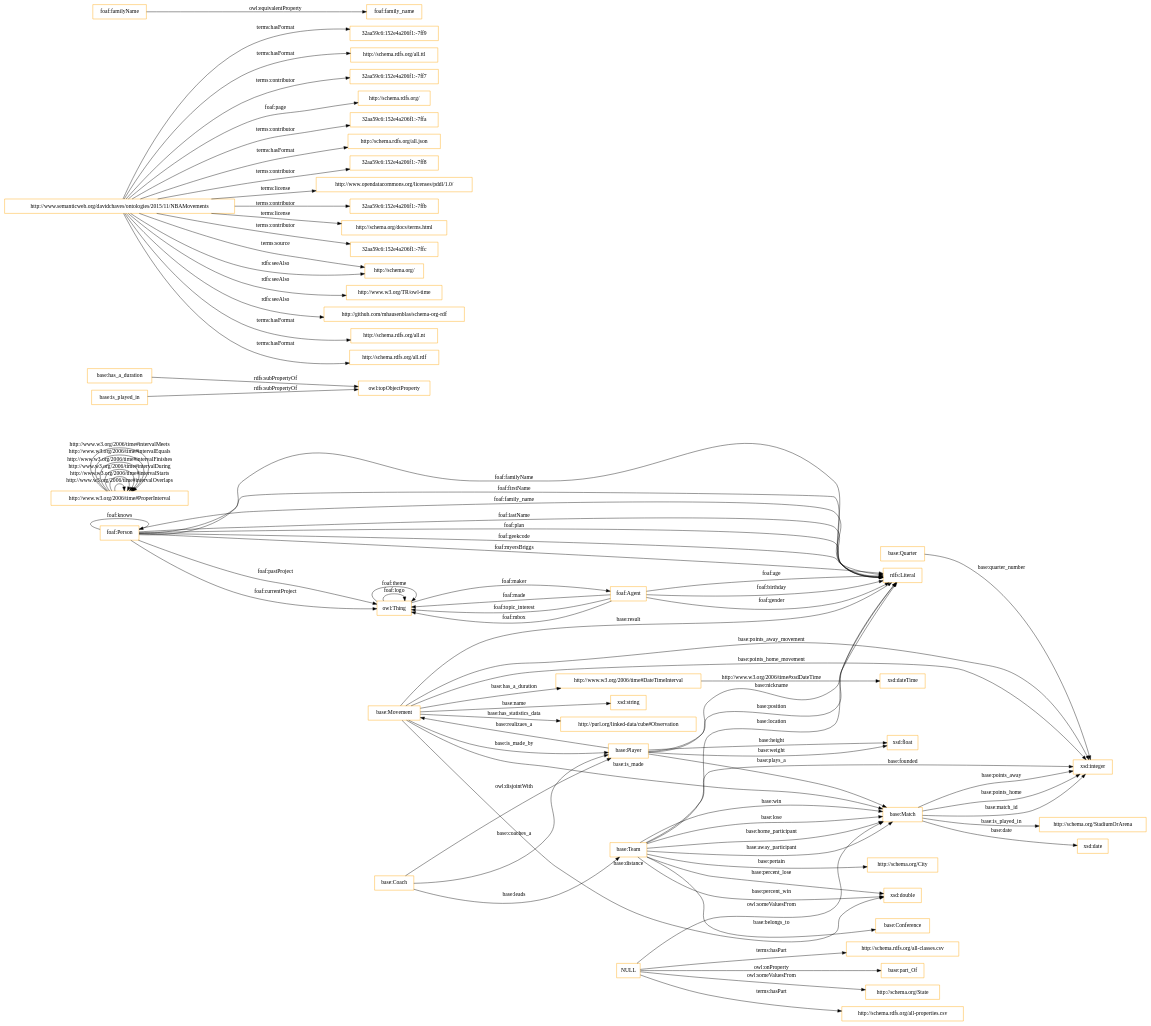
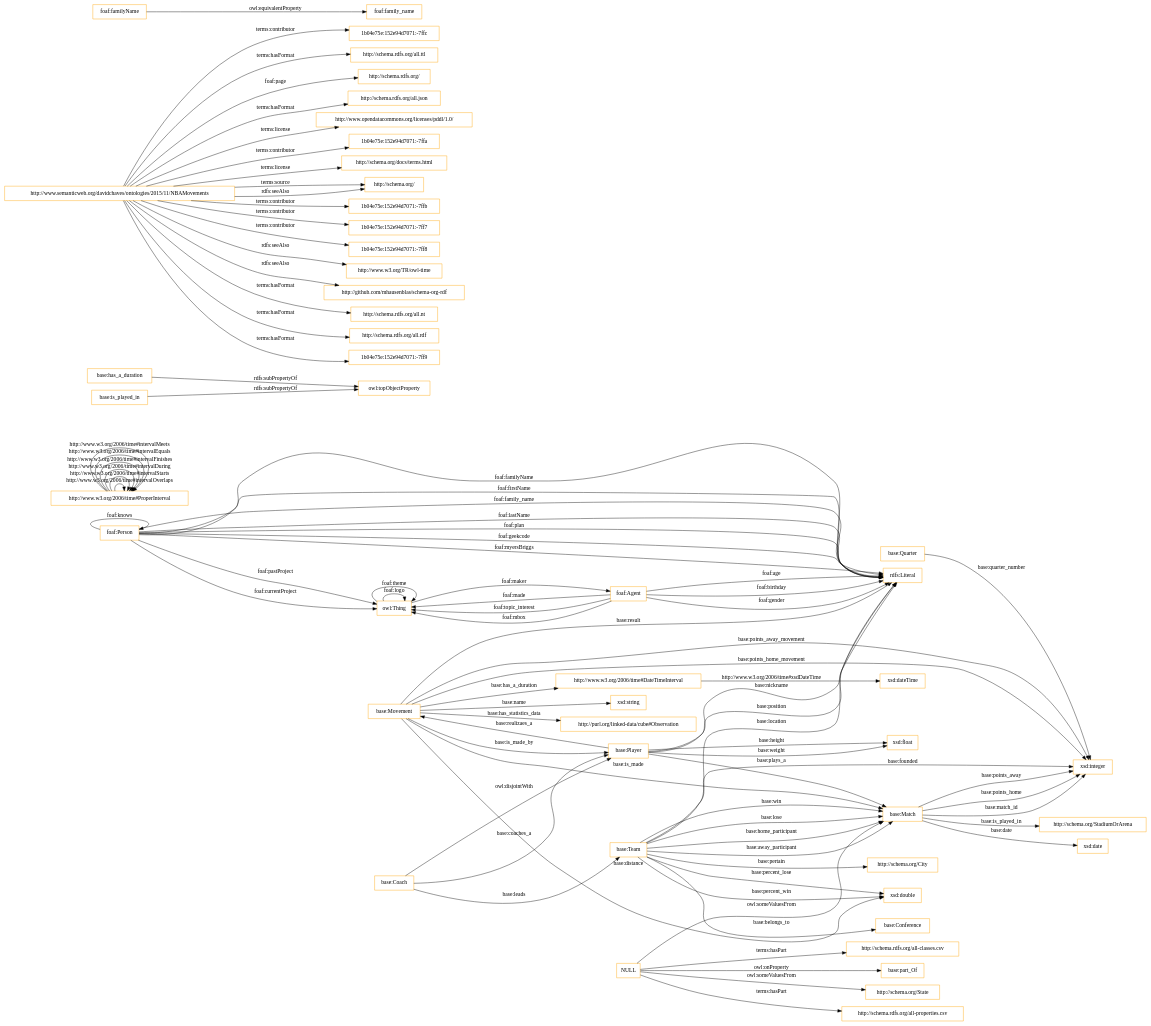
Before and after one commit to OnToologyUser/NBAMovements: the diagram in OnToology/NBAMovementsv2.owl/diagrams/ar2dtool-class/NBAMovementsv2.owl.png.dot, drawn with Graphviz. The commit also changed 8 other files, not shown here.

```diff
--- a/OnToology/NBAMovementsv2.owl/diagrams/ar2dtool-class/NBAMovementsv2.owl.png.dot
+++ b/OnToology/NBAMovementsv2.owl/diagrams/ar2dtool-class/NBAMovementsv2.owl.png.dot
@@ -1,91 +1,91 @@
 digraph ar2dtool_diagram { 
 rankdir=LR;
 size="1501"
 node [shape = rectangle, color="orange"]; "http://www.w3.org/2006/time#DateTimeInterval" "base:Team" "base:Coach" "http://www.w3.org/2006/time#ProperInterval" "http://schema.org/State" "http://schema.org/City" "foaf:Person" "base:Player" "base:Quarter" "http://schema.org/StadiumOrArena" "base:Match" "http://purl.org/linked-data/cube#Observation" "base:Movement" "base:Conference" ; /*classes style*/
 	"base:Coach" -> "base:Player" [ label = "owl:disjointWith" ];
 	"base:has_a_duration" -> "owl:topObjectProperty" [ label = "rdfs:subPropertyOf" ];
-	"http://www.semanticweb.org/davidchaves/ontologies/2015/11/NBAMovements" -> "32aa59c6:152e4a206f1:-7ff9" [ label = "terms:hasFormat" ];
+	"http://www.semanticweb.org/davidchaves/ontologies/2015/11/NBAMovements" -> "1b04e75e:152e94d7071:-7ffc" [ label = "terms:contributor" ];
 	"http://www.semanticweb.org/davidchaves/ontologies/2015/11/NBAMovements" -> "http://schema.rdfs.org/all.ttl" [ label = "terms:hasFormat" ];
-	"http://www.semanticweb.org/davidchaves/ontologies/2015/11/NBAMovements" -> "32aa59c6:152e4a206f1:-7ff7" [ label = "terms:contributor" ];
 	"http://www.semanticweb.org/davidchaves/ontologies/2015/11/NBAMovements" -> "http://schema.rdfs.org/" [ label = "foaf:page" ];
-	"http://www.semanticweb.org/davidchaves/ontologies/2015/11/NBAMovements" -> "32aa59c6:152e4a206f1:-7ffa" [ label = "terms:contributor" ];
 	"http://www.semanticweb.org/davidchaves/ontologies/2015/11/NBAMovements" -> "http://schema.rdfs.org/all.json" [ label = "terms:hasFormat" ];
-	"http://www.semanticweb.org/davidchaves/ontologies/2015/11/NBAMovements" -> "32aa59c6:152e4a206f1:-7ff8" [ label = "terms:contributor" ];
 	"http://www.semanticweb.org/davidchaves/ontologies/2015/11/NBAMovements" -> "http://www.opendatacommons.org/licenses/pddl/1.0/" [ label = "terms:license" ];
-	"http://www.semanticweb.org/davidchaves/ontologies/2015/11/NBAMovements" -> "32aa59c6:152e4a206f1:-7ffb" [ label = "terms:contributor" ];
+	"http://www.semanticweb.org/davidchaves/ontologies/2015/11/NBAMovements" -> "1b04e75e:152e94d7071:-7ffa" [ label = "terms:contributor" ];
 	"http://www.semanticweb.org/davidchaves/ontologies/2015/11/NBAMovements" -> "http://schema.org/docs/terms.html" [ label = "terms:license" ];
-	"http://www.semanticweb.org/davidchaves/ontologies/2015/11/NBAMovements" -> "32aa59c6:152e4a206f1:-7ffc" [ label = "terms:contributor" ];
 	"http://www.semanticweb.org/davidchaves/ontologies/2015/11/NBAMovements" -> "http://schema.org/" [ label = "terms:source" ];
+	"http://www.semanticweb.org/davidchaves/ontologies/2015/11/NBAMovements" -> "1b04e75e:152e94d7071:-7ffb" [ label = "terms:contributor" ];
+	"http://www.semanticweb.org/davidchaves/ontologies/2015/11/NBAMovements" -> "1b04e75e:152e94d7071:-7ff7" [ label = "terms:contributor" ];
+	"http://www.semanticweb.org/davidchaves/ontologies/2015/11/NBAMovements" -> "1b04e75e:152e94d7071:-7ff8" [ label = "terms:contributor" ];
 	"http://www.semanticweb.org/davidchaves/ontologies/2015/11/NBAMovements" -> "http://www.w3.org/TR/owl-time" [ label = "rdfs:seeAlso" ];
 	"http://www.semanticweb.org/davidchaves/ontologies/2015/11/NBAMovements" -> "http://schema.org/" [ label = "rdfs:seeAlso" ];
 	"http://www.semanticweb.org/davidchaves/ontologies/2015/11/NBAMovements" -> "http://github.com/mhausenblas/schema-org-rdf" [ label = "rdfs:seeAlso" ];
 	"http://www.semanticweb.org/davidchaves/ontologies/2015/11/NBAMovements" -> "http://schema.rdfs.org/all.nt" [ label = "terms:hasFormat" ];
 	"http://www.semanticweb.org/davidchaves/ontologies/2015/11/NBAMovements" -> "http://schema.rdfs.org/all.rdf" [ label = "terms:hasFormat" ];
+	"http://www.semanticweb.org/davidchaves/ontologies/2015/11/NBAMovements" -> "1b04e75e:152e94d7071:-7ff9" [ label = "terms:hasFormat" ];
 	"base:is_played_in" -> "owl:topObjectProperty" [ label = "rdfs:subPropertyOf" ];
 	"foaf:familyName" -> "foaf:family_name" [ label = "owl:equivalentProperty" ];
 	"NULL" -> "http://schema.rdfs.org/all-properties.csv" [ label = "terms:hasPart" ];
 	"NULL" -> "http://schema.rdfs.org/all-classes.csv" [ label = "terms:hasPart" ];
 	"NULL" -> "base:Match" [ label = "owl:someValuesFrom" ];
 	"NULL" -> "http://schema.org/State" [ label = "owl:someValuesFrom" ];
 	"NULL" -> "base:part_Of" [ label = "owl:onProperty" ];
 	"base:Team" -> "rdfs:Literal" [ label = "base:location" ];
 	"owl:Thing" -> "foaf:Agent" [ label = "foaf:maker" ];
 	"base:Player" -> "rdfs:Literal" [ label = "base:nickname" ];
 	"base:Player" -> "rdfs:Literal" [ label = "base:position" ];
 	"base:Movement" -> "xsd:integer" [ label = "base:points_home_movement" ];
 	"http://www.w3.org/2006/time#ProperInterval" -> "http://www.w3.org/2006/time#ProperInterval" [ label = "http://www.w3.org/2006/time#intervalOverlaps" ];
 	"owl:Thing" -> "owl:Thing" [ label = "foaf:logo" ];
 	"foaf:Agent" -> "owl:Thing" [ label = "foaf:made" ];
 	"foaf:Agent" -> "rdfs:Literal" [ label = "foaf:birthday" ];
 	"base:Player" -> "base:Movement" [ label = "base:realizaes_a" ];
 	"foaf:Person" -> "rdfs:Literal" [ label = "foaf:familyName" ];
 	"base:Movement" -> "rdfs:Literal" [ label = "base:result" ];
 	"foaf:Person" -> "rdfs:Literal" [ label = "foaf:firstName" ];
 	"base:Team" -> "base:Match" [ label = "base:home_participant" ];
 	"foaf:Person" -> "owl:Thing" [ label = "foaf:currentProject" ];
 	"base:Movement" -> "http://purl.org/linked-data/cube#Observation" [ label = "base:has_statistics_data" ];
 	"http://www.w3.org/2006/time#ProperInterval" -> "http://www.w3.org/2006/time#ProperInterval" [ label = "http://www.w3.org/2006/time#intervalStarts" ];
 	"http://www.w3.org/2006/time#DateTimeInterval" -> "xsd:dateTime" [ label = "http://www.w3.org/2006/time#xsdDateTime" ];
 	"foaf:Agent" -> "owl:Thing" [ label = "foaf:topic_interest" ];
 	"base:Movement" -> "http://www.w3.org/2006/time#DateTimeInterval" [ label = "base:has_a_duration" ];
 	"foaf:Agent" -> "rdfs:Literal" [ label = "foaf:gender" ];
 	"base:Movement" -> "xsd:string" [ label = "base:name" ];
 	"base:Match" -> "xsd:integer" [ label = "base:points_away" ];
 	"base:Team" -> "base:Match" [ label = "base:away_participant" ];
 	"http://www.w3.org/2006/time#ProperInterval" -> "http://www.w3.org/2006/time#ProperInterval" [ label = "http://www.w3.org/2006/time#intervalDuring" ];
 	"base:Team" -> "base:Conference" [ label = "base:belongs_to" ];
 	"http://www.w3.org/2006/time#ProperInterval" -> "http://www.w3.org/2006/time#ProperInterval" [ label = "http://www.w3.org/2006/time#intervalFinishes" ];
 	"base:Coach" -> "base:Player" [ label = "base:coaches_a" ];
 	"base:Team" -> "xsd:integer" [ label = "base:founded" ];
 	"base:Team" -> "base:Match" [ label = "base:win" ];
 	"base:Match" -> "xsd:integer" [ label = "base:points_home" ];
 	"base:Team" -> "xsd:double" [ label = "base:percent_win" ];
 	"foaf:Person" -> "rdfs:Literal" [ label = "foaf:family_name" ];
 	"base:Movement" -> "xsd:double" [ label = "base:distance" ];
 	"base:Player" -> "xsd:float" [ label = "base:weight" ];
 	"base:Team" -> "base:Match" [ label = "base:lose" ];
 	"owl:Thing" -> "owl:Thing" [ label = "foaf:theme" ];
 	"base:Match" -> "xsd:date" [ label = "base:date" ];
 	"foaf:Agent" -> "rdfs:Literal" [ label = "foaf:age" ];
 	"foaf:Agent" -> "owl:Thing" [ label = "foaf:mbox" ];
 	"foaf:Person" -> "rdfs:Literal" [ label = "foaf:lastName" ];
 	"base:Team" -> "xsd:double" [ label = "base:percent_lose" ];
 	"http://www.w3.org/2006/time#ProperInterval" -> "http://www.w3.org/2006/time#ProperInterval" [ label = "http://www.w3.org/2006/time#intervalEquals" ];
 	"foaf:Person" -> "owl:Thing" [ label = "foaf:pastProject" ];
 	"base:Match" -> "xsd:integer" [ label = "base:match_id" ];
 	"base:Movement" -> "base:Player" [ label = "base:is_made_by" ];
 	"base:Match" -> "http://schema.org/StadiumOrArena" [ label = "base:is_played_in" ];
 	"foaf:Person" -> "foaf:Person" [ label = "foaf:knows" ];
 	"base:Player" -> "base:Match" [ label = "base:plays_a" ];
 	"foaf:Person" -> "rdfs:Literal" [ label = "foaf:plan" ];
 	"foaf:Person" -> "rdfs:Literal" [ label = "foaf:geekcode" ];
 	"base:Team" -> "http://schema.org/City" [ label = "base:pertain" ];
 	"base:Quarter" -> "xsd:integer" [ label = "base:quarter_number" ];
 	"base:Coach" -> "base:Team" [ label = "base:leads" ];
 	"base:Movement" -> "base:Match" [ label = "base:is_made" ];
 	"http://www.w3.org/2006/time#ProperInterval" -> "http://www.w3.org/2006/time#ProperInterval" [ label = "http://www.w3.org/2006/time#intervalMeets" ];
 	"base:Player" -> "xsd:float" [ label = "base:height" ];
 	"base:Movement" -> "xsd:integer" [ label = "base:points_away_movement" ];
 	"foaf:Person" -> "rdfs:Literal" [ label = "foaf:myersBriggs" ];
 
 }
```
